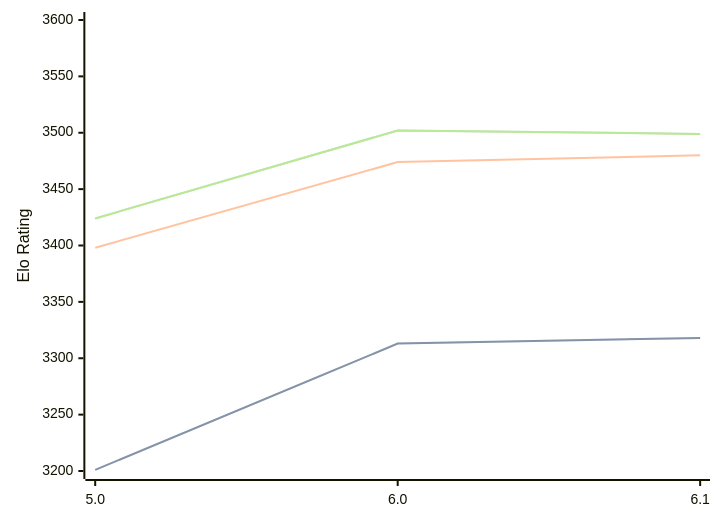
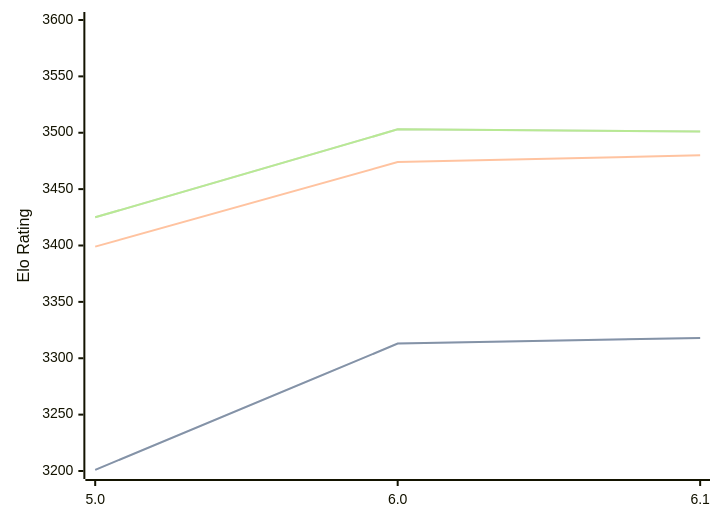
The diagram in engines/Starzix.md (computer-chess-index/cci), drawn with Mermaid before and after one commit. The commit also changed other lines of this file, not shown here.

Commit message:
Update CCI Ratings (ELO VLTC) - 2026-08-17

````diff
--- a/engines/Starzix.md
+++ b/engines/Starzix.md
@@ -33,11 +33,11 @@
 ```mermaid
 %%{init: {"theme":"base","themeVariables":{"seriesColors:['#a3a3a3','#222221','#faa371']}}}%%
 xychart-beta
   x-axis ["5.0", "6.0", "6.1"]
   y-axis "Elo Rating" 3200 --> 3600
   line "STC (8.0+0.08s)" [3201, 3313, 3318]
   line "STC (8.0+0.08s)" [3201, 3313, 3318]
-  line "LTC (60.0+0.60s)" [3398, 3474, 3480]
-  line "VLTC (2m24s+1.12s)" [3424, 3502, 3499]
-  line "VLTC (2m24s+1.12s)" [3424, 3502, 3499]
+  line "LTC (60.0+0.60s)" [3399, 3474, 3480]
+  line "VLTC (2m24s+1.12s)" [3425, 3503, 3501]
+  line "VLTC (2m24s+1.12s)" [3425, 3503, 3501]
 ```
````
